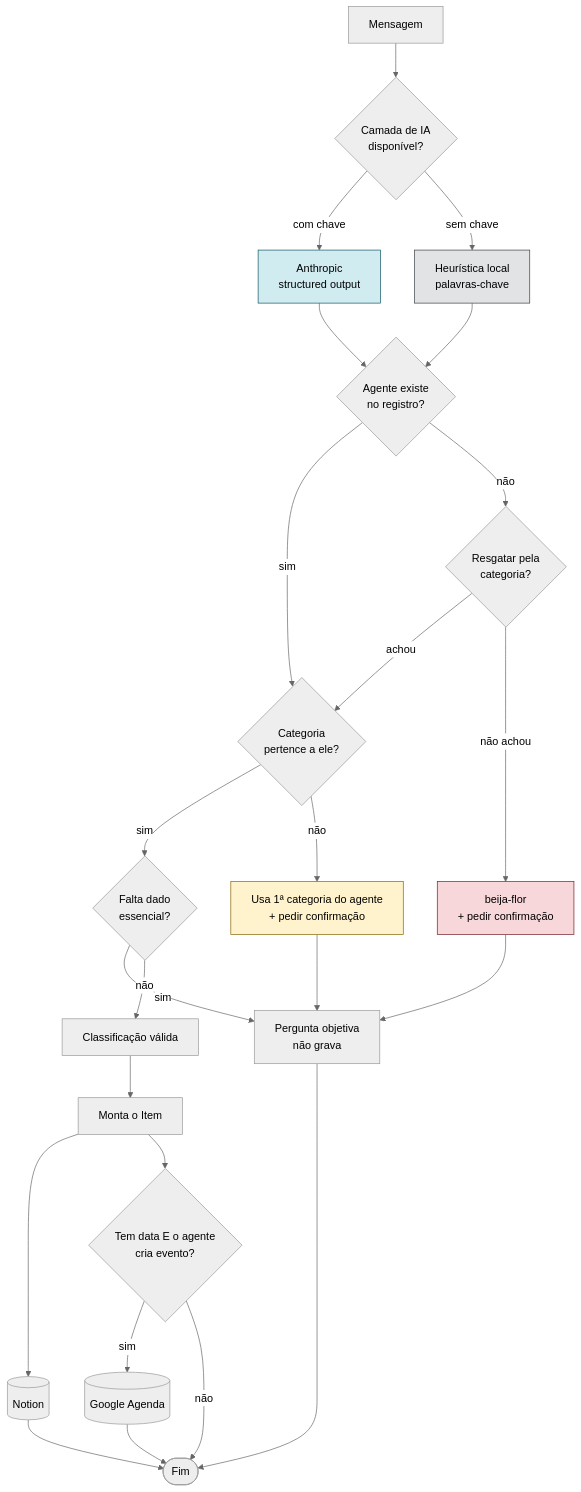
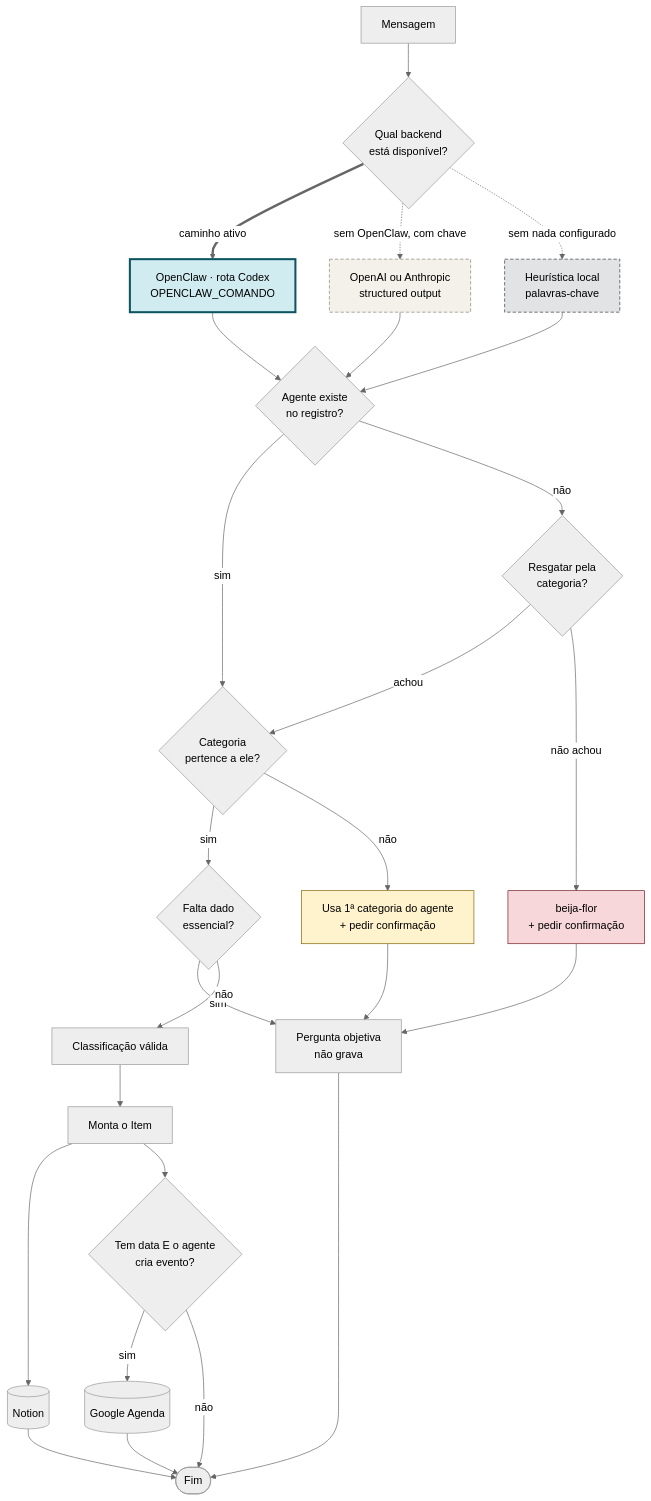
Before and after one commit to brunarezerdev/sabia-organizacao-pessoal: the third of 7 diagrams in docs/fluxo.md, drawn with Mermaid (neutral theme). The commit also changed other lines of this file and 6 other files, not shown here.

````diff
--- a/docs/fluxo.md
+++ b/docs/fluxo.md
@@ -91,37 +97,40 @@
 ```mermaid
 flowchart TD
-    M[Mensagem] --> IA{Camada de IA<br/>disponível?}
-    IA -->|com chave| ANT[Anthropic<br/>structured output]
-    IA -->|sem chave| HEU[Heurística local<br/>palavras-chave]
+    M[Mensagem] --> IA{Qual backend<br/>está disponível?}
+    IA ==>|caminho ativo| OC[OpenClaw · rota Codex<br/>OPENCLAW_COMANDO]
+    IA -.->|sem OpenClaw, com chave| KEY[OpenAI ou Anthropic<br/>structured output]
+    IA -.->|sem nada configurado| HEU[Heurística local<br/>palavras-chave]
 
-    ANT --> VAL{Agente existe<br/>no registro?}
+    OC --> VAL{Agente existe<br/>no registro?}
+    KEY --> VAL
     HEU --> VAL
 
     VAL -->|sim| CAT{Categoria<br/>pertence a ele?}
     VAL -->|não| RESG{Resgatar pela<br/>categoria?}
 
     RESG -->|achou| CAT
     RESG -->|não achou| PAD[beija-flor<br/>+ pedir confirmação]
 
     CAT -->|sim| LAC{Falta dado<br/>essencial?}
     CAT -->|não| AJU[Usa 1ª categoria do agente<br/>+ pedir confirmação]
 
     PAD --> PERG
     AJU --> PERG
     LAC -->|sim| PERG[Pergunta objetiva<br/>não grava]
     LAC -->|não| OK[Classificação válida]
     PERG --> FIM
     OK --> ITEM[Monta o Item]
 
     ITEM --> NOT[(Notion)]
     ITEM --> EV{Tem data E o agente<br/>cria evento?}
     EV -->|sim| GC[(Google Agenda)]
     EV -->|não| FIM([Fim])
     NOT --> FIM
     GC --> FIM
 
-    style ANT fill:#d1ecf1,stroke:#0c5460
-    style HEU fill:#e2e3e5,stroke:#383d41
+    style OC fill:#d1ecf1,stroke:#0c5460,stroke-width:3px
+    style KEY fill:#f4f1ea,stroke:#8a8378,stroke-dasharray: 5 3
+    style HEU fill:#e2e3e5,stroke:#383d41,stroke-dasharray: 5 3
     style PAD fill:#f8d7da,stroke:#721c24
     style AJU fill:#fff3cd,stroke:#856404
 ```
````
